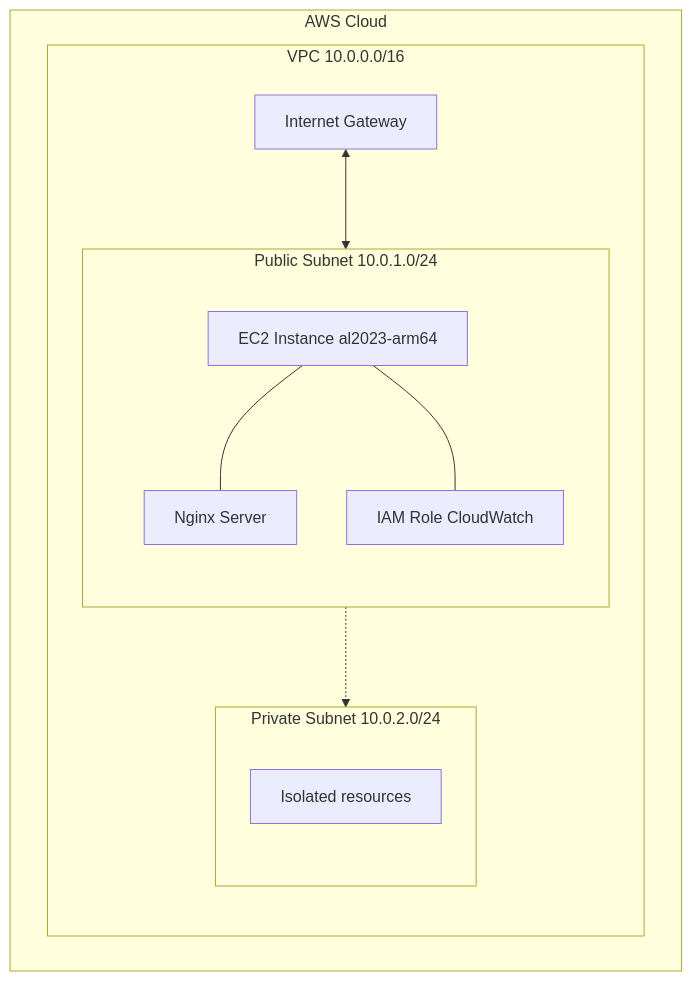
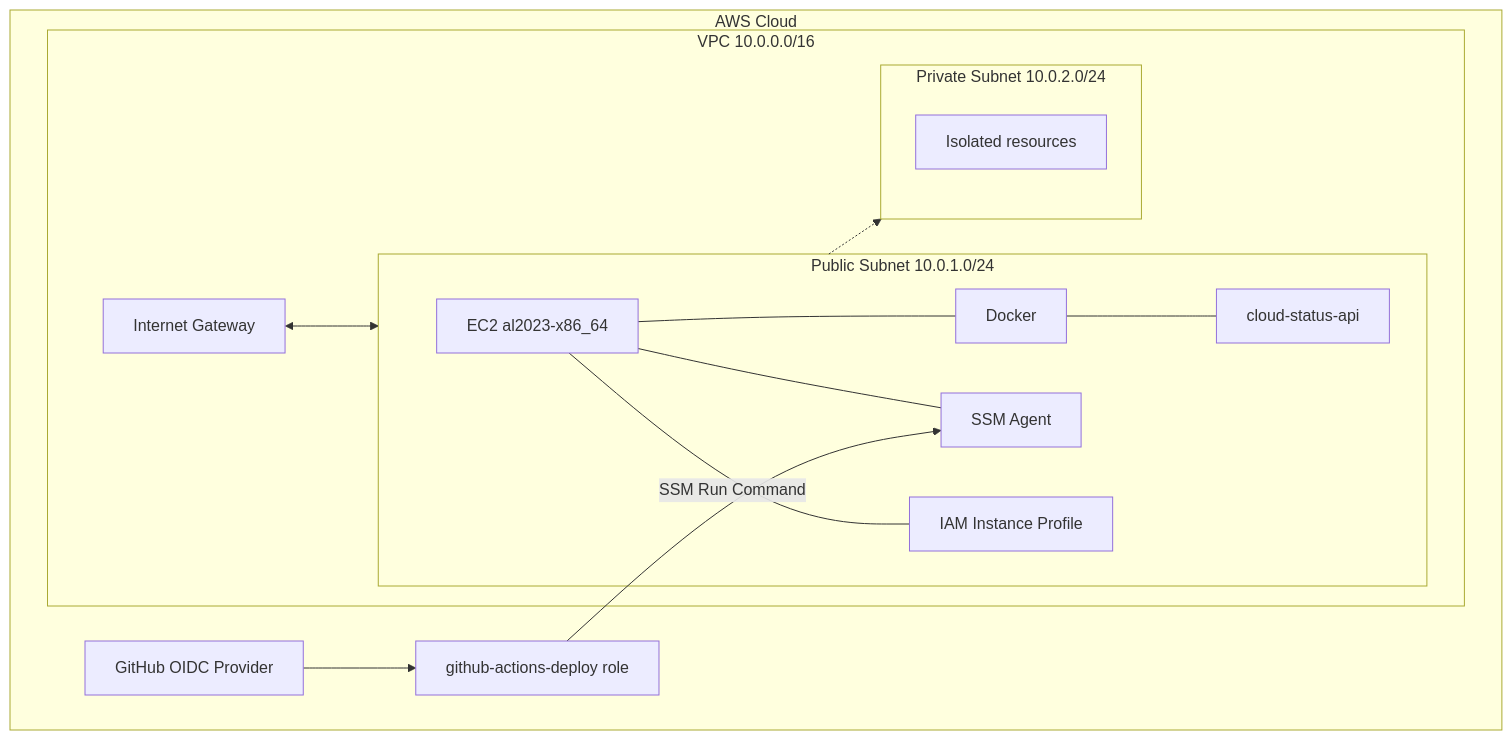
One commit to richard-romero/secure-cloud-platform changed the diagram in terraform/README.md. Above: the diagram before and after it, drawn with Mermaid. The commit also changed other lines of this file and 3 other files, not shown here.

````diff
--- a/terraform/README.md
+++ b/terraform/README.md
@@ -33,24 +62,33 @@
 ```mermaid
 flowchart TD
     subgraph AWS [AWS Cloud]
         subgraph VPC [VPC 10.0.0.0/16]
             IGW[Internet Gateway]
-            
+
             subgraph Public [Public Subnet 10.0.1.0/24]
-                EC2[EC2 Instance al2023-arm64]
-                Nginx[Nginx Server]
-                IAM[IAM Role CloudWatch]
-                
-                EC2 --- Nginx
-                EC2 --- IAM
+                EC2[EC2 al2023-x86_64]
+                Docker[Docker]
+                App[cloud-status-api]
+                SSM[SSM Agent]
+                EC2Profile[IAM Instance Profile]
+
+                EC2 --- Docker
+                Docker --- App
+                EC2 --- SSM
+                EC2 --- EC2Profile
             end
-            
+
             subgraph Private [Private Subnet 10.0.2.0/24]
                 Locked[Isolated resources]
             end
-            
+
             IGW <--> Public
             Public -.-> Private
         end
+
+        OIDC[GitHub OIDC Provider]
+        DeployRole[github-actions-deploy role]
+        OIDC --> DeployRole
+        DeployRole -->|"SSM Run Command"| SSM
     end
 ```
````
